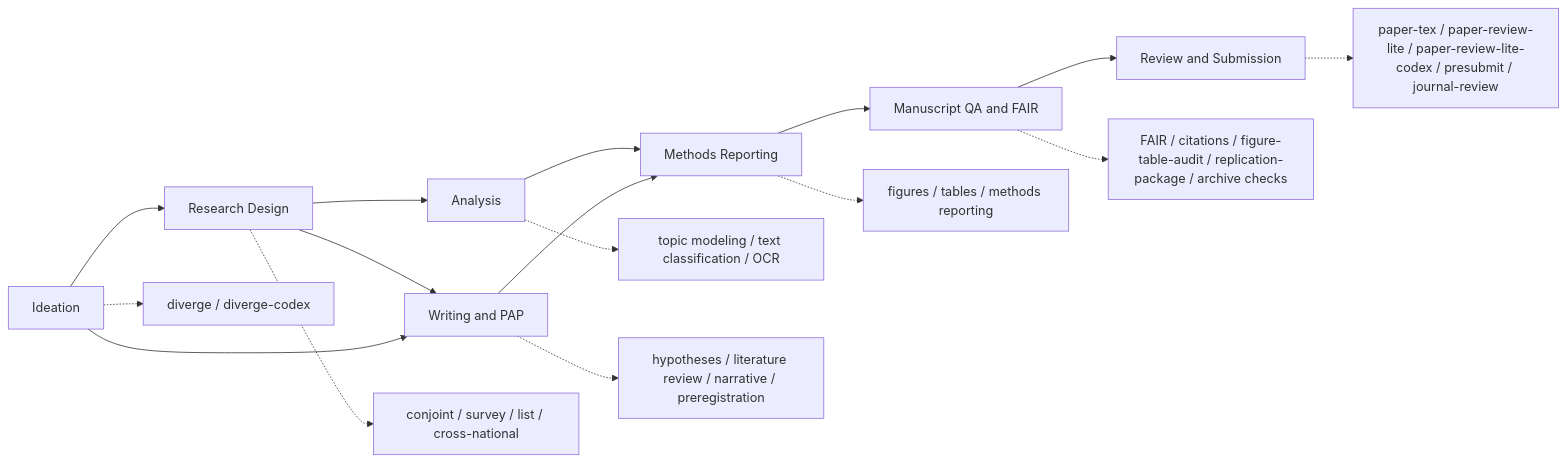
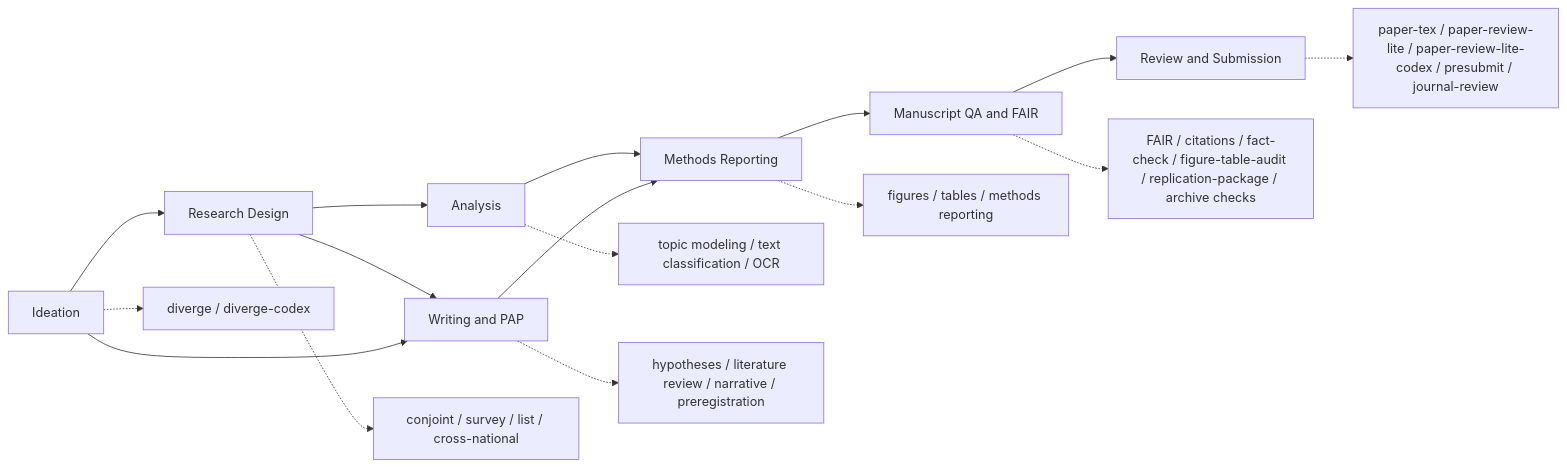
Before and after one commit to scdenney/open-science-skills: the diagram in README.md, drawn with Mermaid. The commit also changed other lines of this file and 7 other files, not shown here.

Commit message:
v2.7.0: add fact-check skill — verify in-text claims against cited sources' knowledge-base Markdown; runs citation-check first. Update manifests/README/SOURCES; sync paper-tex mirror

````diff
--- a/README.md
+++ b/README.md
@@ -35,20 +35,20 @@
 ```mermaid
 flowchart LR
     A[Research Design] --> B[Analysis]
     A --> C[Writing and PAP]
     B --> D[Methods Reporting]
     C --> D
     D --> E[Manuscript QA and FAIR]
     E --> F[Review and Submission]
 
     G[Ideation] --> A
     G --> C
 
     A -.-> A1[conjoint / survey / list / cross-national]
     B -.-> B1[topic modeling / text classification / OCR]
     C -.-> C1[hypotheses / literature review / narrative / preregistration]
     D -.-> D1[figures / tables / methods reporting]
-    E -.-> E1[FAIR / citations / figure-table-audit / replication-package / archive checks]
+    E -.-> E1[FAIR / citations / fact-check / figure-table-audit / replication-package / archive checks]
     F -.-> F1[paper-tex / paper-review-lite / paper-review-lite-codex / presubmit / journal-review]
     G -.-> G1[diverge / diverge-codex]
 ```
````
